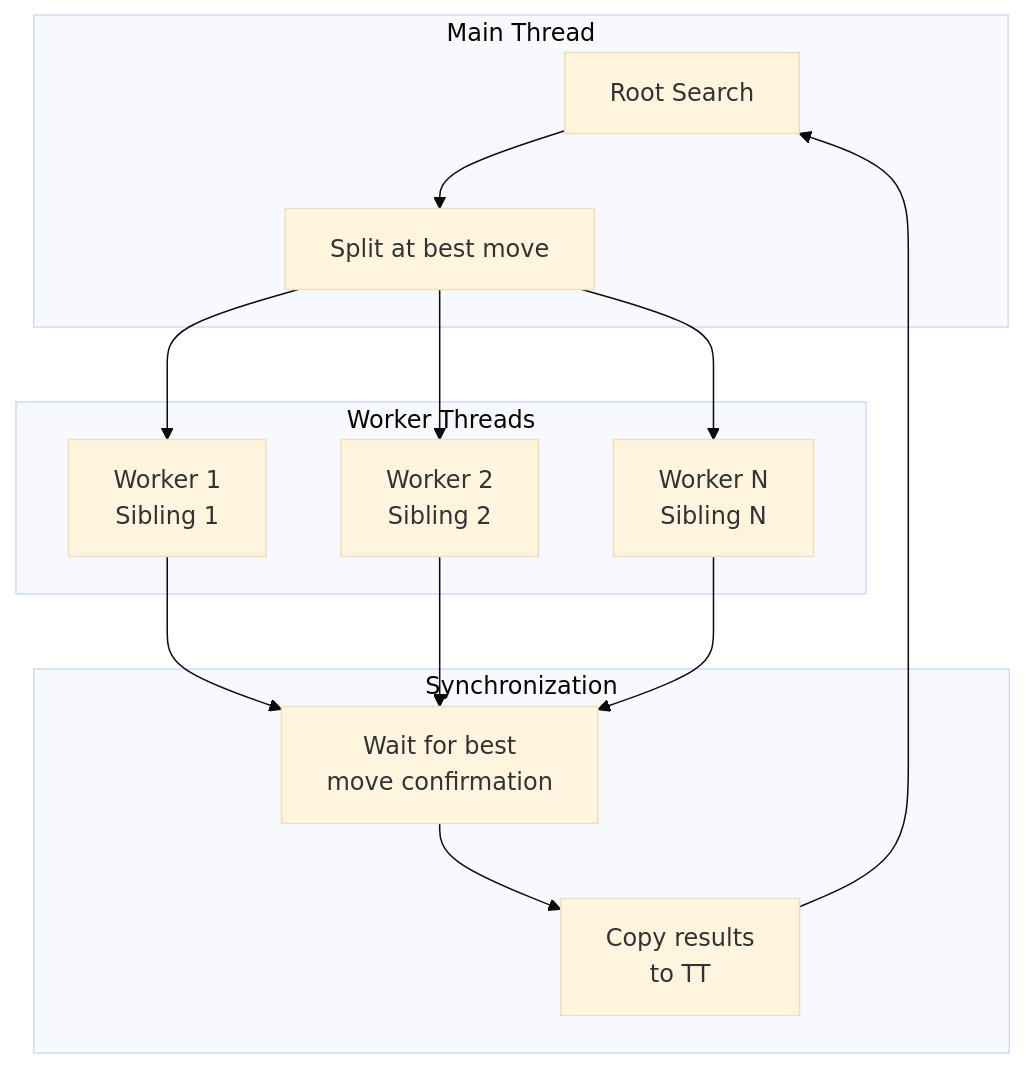
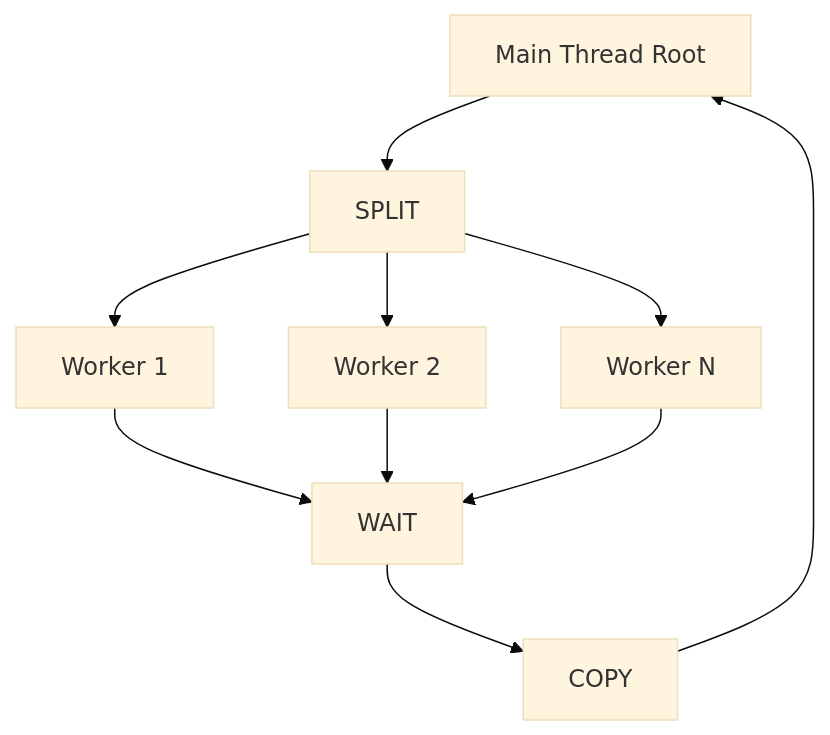
The fifth of 6 diagrams in memory/SEARCH.md (fgantt/yse), drawn with Mermaid (base theme) before and after one commit. The commit also changed other lines of this file, not shown here.

Commit message:
Simplify Mermaid diagrams in SEARCH.md for GitHub rendering

````diff
--- a/memory/SEARCH.md
+++ b/memory/SEARCH.md
@@ -197,28 +128,12 @@
 ```mermaid
 flowchart TD
-    subgraph "Main Thread"
-        MAIN["Root Search"]
-        SPLIT["Split at best move"]
-    end
-    
-    subgraph "Worker Threads"
-        W1["Worker 1<br/>Sibling 1"]
-        W2["Worker 2<br/>Sibling 2"]
-        W3["Worker N<br/>Sibling N"]
-    end
-    
-    subgraph "Synchronization"
-        WAIT["Wait for best<br/>move confirmation"]
-        COPY["Copy results<br/>to TT"]
-    end
-    
-    MAIN --> SPLIT
-    SPLIT --> W1
-    SPLIT --> W2
-    SPLIT --> W3
+    MAIN["Main Thread Root"] --> SPLIT
+    SPLIT --> W1["Worker 1"]
+    SPLIT --> W2["Worker 2"]
+    SPLIT --> W3["Worker N"]
     W1 --> WAIT
     W2 --> WAIT
     W3 --> WAIT
     WAIT --> COPY
     COPY --> MAIN
 ```
````
